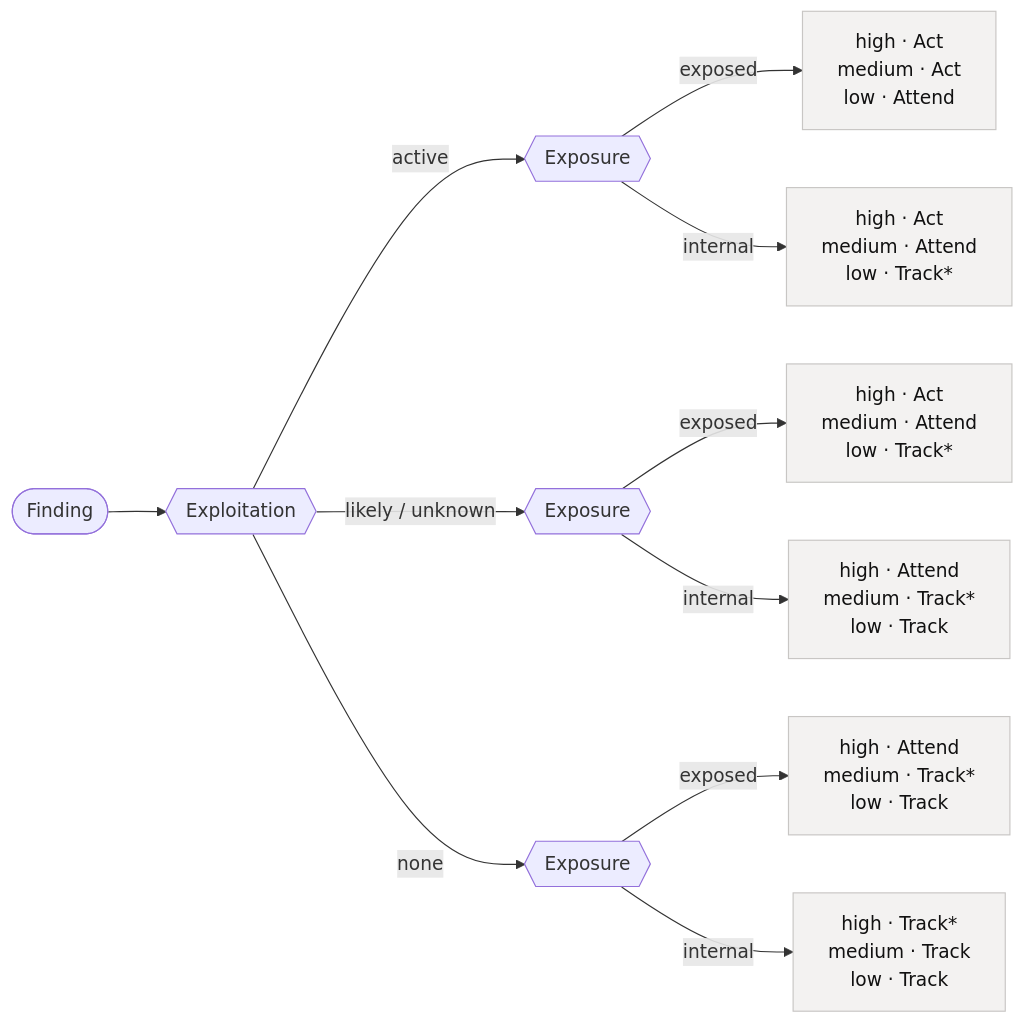
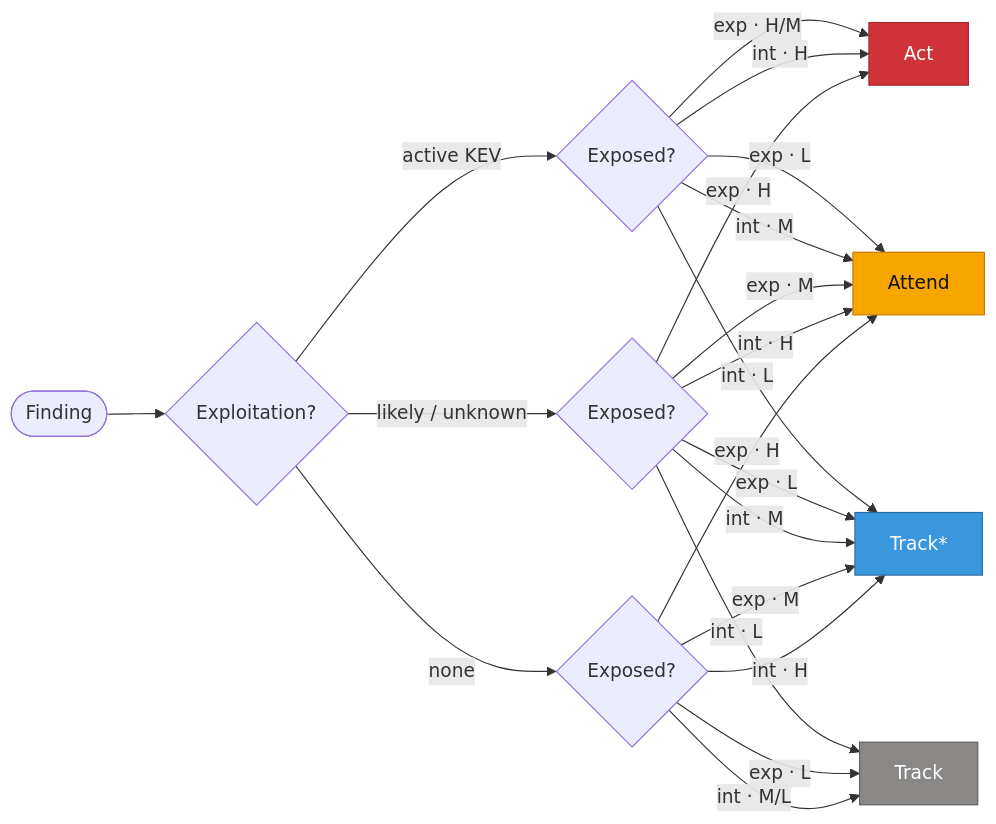
Before and after one commit to INARI18/MulitaMiner2: the diagram in docs/PRIORITIZATION.md, drawn with Mermaid. The commit also changed other lines of this file, not shown here.

Commit message:
docs: restore shared-leaf tree architecture with concise edge labels

````diff
--- a/docs/PRIORITIZATION.md
+++ b/docs/PRIORITIZATION.md
@@ -85,18 +85,36 @@
 ```mermaid
 flowchart LR
-    F([Finding]) --> E{{Exploitation}}
+    S([Finding]) --> E{"Exploitation?"}
+    E -->|active KEV| A{"Exposed?"}
+    E -->|likely / unknown| L{"Exposed?"}
+    E -->|none| N{"Exposed?"}
 
-    E -->|active| A{{Exposure}}
-    E -->|likely / unknown| L{{Exposure}}
-    E -->|none| N{{Exposure}}
+    A -->|"exp · H/M"| ACT
+    A -->|"exp · L"| ATT
+    A -->|"int · H"| ACT
+    A -->|"int · M"| ATT
+    A -->|"int · L"| TRS
 
-    A -->|exposed| A1["high · Act<br>medium · Act<br>low · Attend"]
-    A -->|internal| A2["high · Act<br>medium · Attend<br>low · Track*"]
-    L -->|exposed| L1["high · Act<br>medium · Attend<br>low · Track*"]
-    L -->|internal| L2["high · Attend<br>medium · Track*<br>low · Track"]
-    N -->|exposed| N1["high · Attend<br>medium · Track*<br>low · Track"]
-    N -->|internal| N2["high · Track*<br>medium · Track<br>low · Track"]
+    L -->|"exp · H"| ACT
+    L -->|"exp · M"| ATT
+    L -->|"exp · L"| TRS
+    L -->|"int · H"| ATT
+    L -->|"int · M"| TRS
+    L -->|"int · L"| TRK
 
-    classDef leaf fill:#f3f2f1,color:#111,stroke:#c8c6c4;
-    class A1,A2,L1,L2,N1,N2 leaf;
+    N -->|"exp · H"| ATT
+    N -->|"exp · M"| TRS
+    N -->|"exp · L"| TRK
+    N -->|"int · H"| TRS
+    N -->|"int · M/L"| TRK
+
+    ACT["Act"]:::act
+    ATT["Attend"]:::att
+    TRS["Track*"]:::trs
+    TRK["Track"]:::trk
+
+    classDef act fill:#d13438,color:#fff,stroke:#a4262c;
+    classDef att fill:#f7a600,color:#111,stroke:#c77700;
+    classDef trs fill:#3a96dd,color:#fff,stroke:#2b6ca3;
+    classDef trk fill:#8a8886,color:#fff,stroke:#605e5c;
 ```
````
